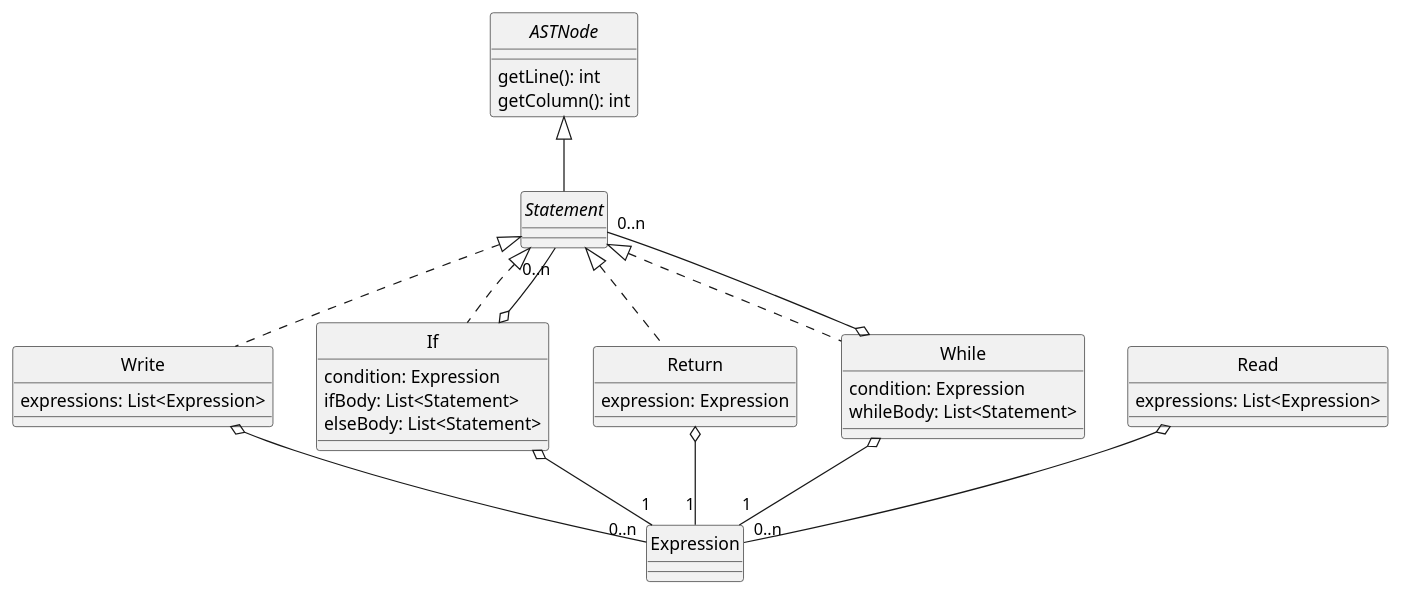
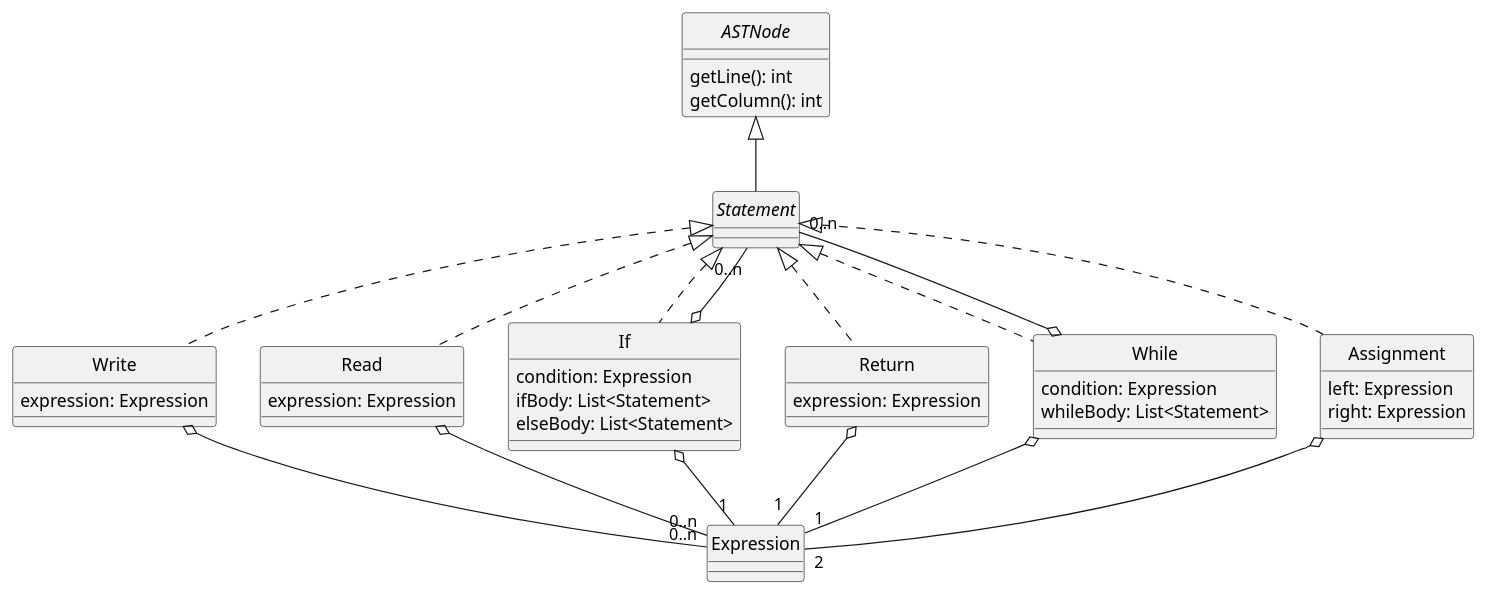
Before and after one commit to uo277516/dlp-compiler: the diagram in docs/diagrams/statements.plantuml, drawn with PlantUML. The commit also changed 57 other files, not shown here.

Commit message:
Implementación de los diagramas - primera version

```diff
--- a/docs/diagrams/statements.plantuml
+++ b/docs/diagrams/statements.plantuml
@@ -1,55 +1,69 @@
 @startuml Statements
 skinparam style strictuml
 skinparam monochrome true
 
 
 interface ASTNode {
     getLine(): int
     getColumn(): int
 }
 
+
 interface Statement
 
 class Write {
-    expressions: List<Expression>
+    expression: Expression
 }
 
 class Read {
-    expressions: List<Expression>
+    expression: Expression
 }
 
 class If {
     condition: Expression
     ifBody: List<Statement>
     elseBody: List<Statement>
 }
 
 class Return {
     expression: Expression
 }
 
 class While {
     condition: Expression
     whileBody: List<Statement>
 }
 
+class Assignment {
+    left: Expression
+    right: Expression
+}
+
+
+
 
 ASTNode <|-- Statement
 Statement <|.. If
 Statement <|.. Write
 Statement <|.. Return
 Statement <|.. While
+Statement <|.. Read
 
 
 If o-- "1" Expression
 If o-- "0..n" Statement
 
 While o-- "1" Expression
 While o-- "0..n" Statement
 
 Write o-- "0..n" Expression
 Read o-- "0..n" Expression
 
 Return o-- "1" Expression
 
+
+Statement <|.. Assignment
+Assignment o-- "2" Expression
+
+
 @enduml
```
